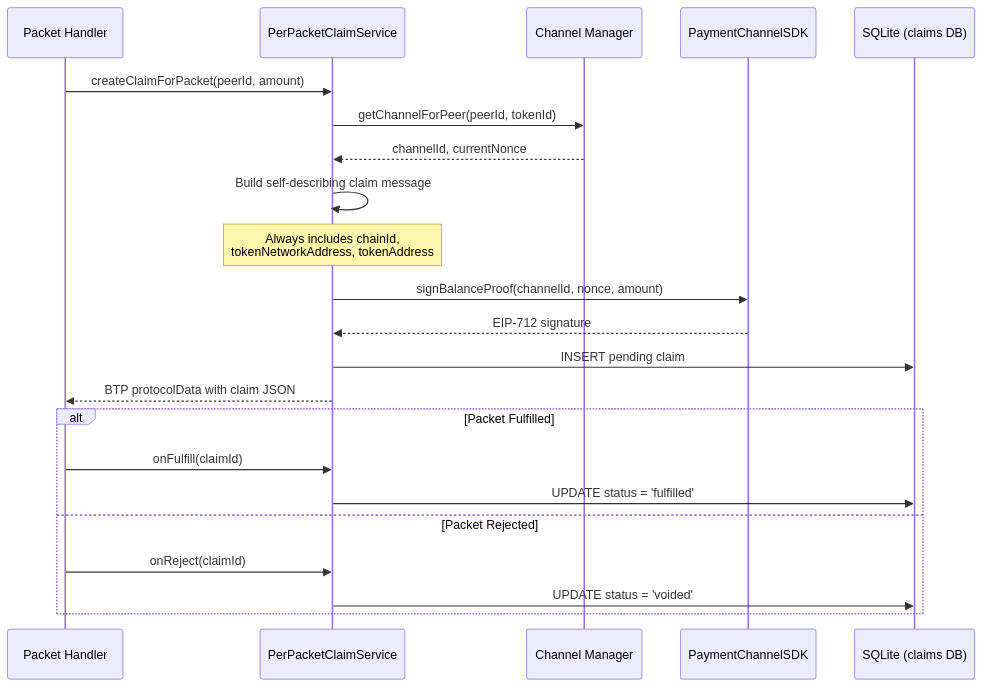
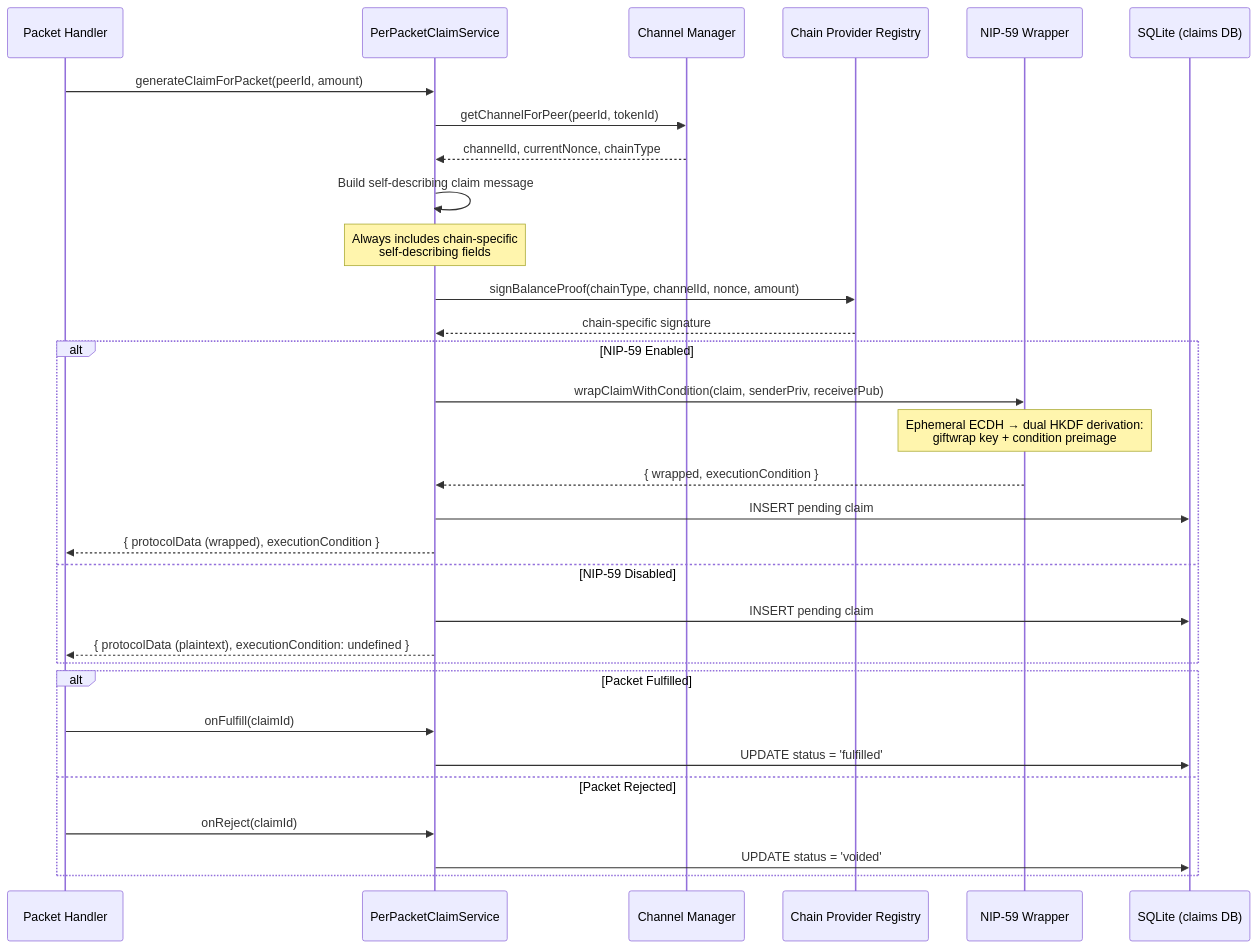
Before and after one commit to ALLiDoizCode/m2m: the fifth of 7 diagrams in _bmad-output/planning-artifacts/architecture.md, drawn with Mermaid. The commit also changed other lines of this file and 5 other files, not shown here.

First line of the commit message:
docs: update architecture & PRD for ECDH-derived conditions; add e2e condition/fulfillment tests

````diff
--- a/_bmad-output/planning-artifacts/architecture.md
+++ b/_bmad-output/planning-artifacts/architecture.md
@@ -473,26 +483,36 @@
 ```mermaid
 sequenceDiagram
     participant PH as Packet Handler
     participant PPC as PerPacketClaimService
     participant CM as Channel Manager
-    participant SDK as PaymentChannelSDK
+    participant Registry as Chain Provider Registry
+    participant NIP59 as NIP-59 Wrapper
     participant DB as SQLite (claims DB)
 
-    PH->>PPC: createClaimForPacket(peerId, amount)
+    PH->>PPC: generateClaimForPacket(peerId, amount)
     PPC->>CM: getChannelForPeer(peerId, tokenId)
-    CM-->>PPC: channelId, currentNonce
+    CM-->>PPC: channelId, currentNonce, chainType
     PPC->>PPC: Build self-describing claim message
-    Note over PPC: Always includes chainId,<br/>tokenNetworkAddress, tokenAddress
-    PPC->>SDK: signBalanceProof(channelId, nonce, amount)
-    SDK-->>PPC: EIP-712 signature
-    PPC->>DB: INSERT pending claim
-    PPC-->>PH: BTP protocolData with claim JSON
+    Note over PPC: Always includes chain-specific<br/>self-describing fields
+    PPC->>Registry: signBalanceProof(chainType, channelId, nonce, amount)
+    Registry-->>PPC: chain-specific signature
+
+    alt NIP-59 Enabled
+        PPC->>NIP59: wrapClaimWithCondition(claim, senderPriv, receiverPub)
+        Note over NIP59: Ephemeral ECDH → dual HKDF derivation:<br/>giftwrap key + condition preimage
+        NIP59-->>PPC: { wrapped, executionCondition }
+        PPC->>DB: INSERT pending claim
+        PPC-->>PH: { protocolData (wrapped), executionCondition }
+    else NIP-59 Disabled
+        PPC->>DB: INSERT pending claim
+        PPC-->>PH: { protocolData (plaintext), executionCondition: undefined }
+    end
 
     alt Packet Fulfilled
         PH->>PPC: onFulfill(claimId)
         PPC->>DB: UPDATE status = 'fulfilled'
     else Packet Rejected
         PH->>PPC: onReject(claimId)
         PPC->>DB: UPDATE status = 'voided'
     end
 ```
````
